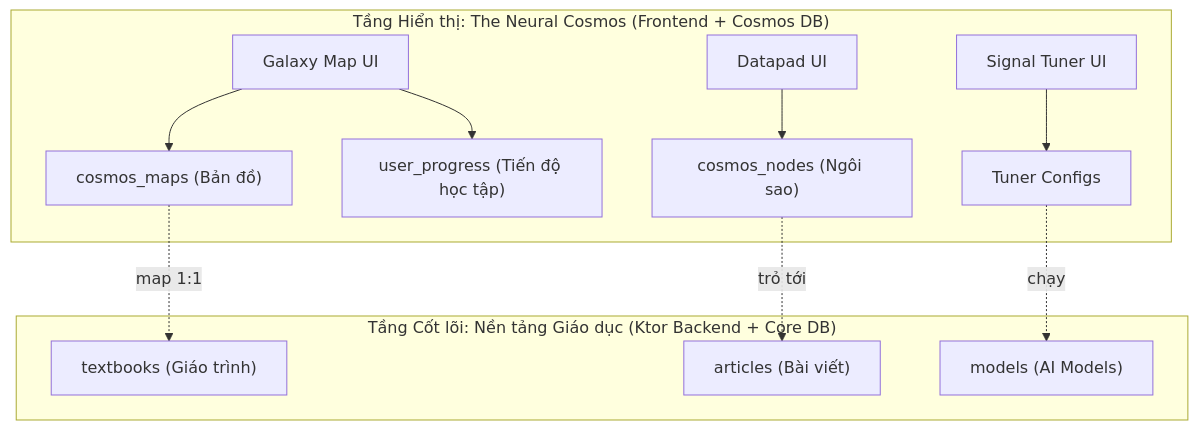
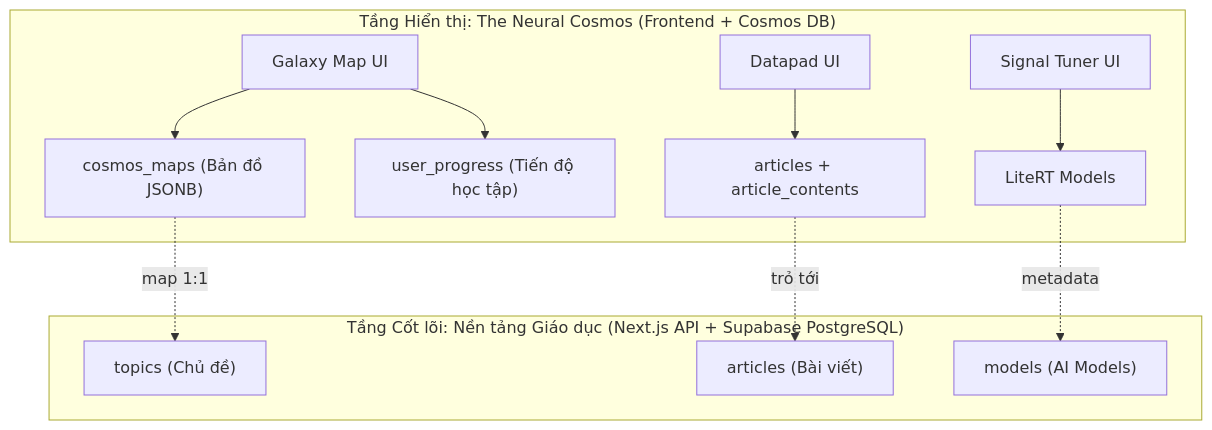
The diagram in docs/requirements/prd.md (iAmHieu2012/Sequoia), drawn with Mermaid before and after one commit. The commit also changed other lines of this file and 14 other files, not shown here.

````diff
--- a/docs/requirements/prd.md
+++ b/docs/requirements/prd.md
@@ -19,15 +19,15 @@
 ```mermaid
 graph TD
     subgraph "Tầng Hiển thị: The Neural Cosmos (Frontend + Cosmos DB)"
-        A["Galaxy Map UI"] --> B["cosmos_maps (Bản đồ)"]
+        A["Galaxy Map UI"] --> B["cosmos_maps (Bản đồ JSONB)"]
         A --> C["user_progress (Tiến độ học tập)"]
-        D["Datapad UI"] --> E["cosmos_nodes (Ngôi sao)"]
-        F["Signal Tuner UI"] --> G["Tuner Configs"]
+        D["Datapad UI"] --> E["articles + article_contents"]
+        F["Signal Tuner UI"] --> G["LiteRT Models"]
     end
 
-    subgraph "Tầng Cốt lõi: Nền tảng Giáo dục (Ktor Backend + Core DB)"
-        B -. "map 1:1" .-> H["textbooks (Giáo trình)"]
+    subgraph "Tầng Cốt lõi: Nền tảng Giáo dục (Next.js API + Supabase PostgreSQL)"
+        B -. "map 1:1" .-> H["topics (Chủ đề)"]
         E -. "trỏ tới" .-> I["articles (Bài viết)"]
-        G -. "chạy" .-> J["models (AI Models)"]
+        G -. "metadata" .-> J["models (AI Models)"]
     end
 ```
````
